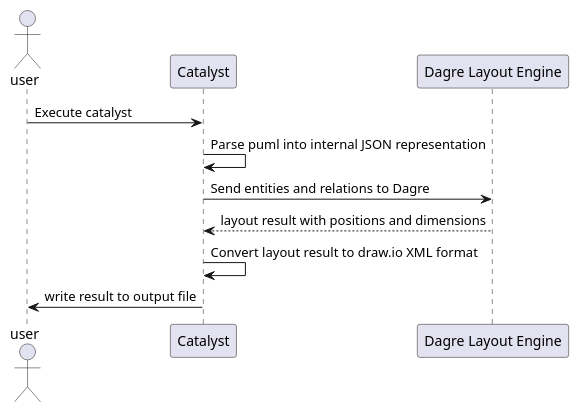
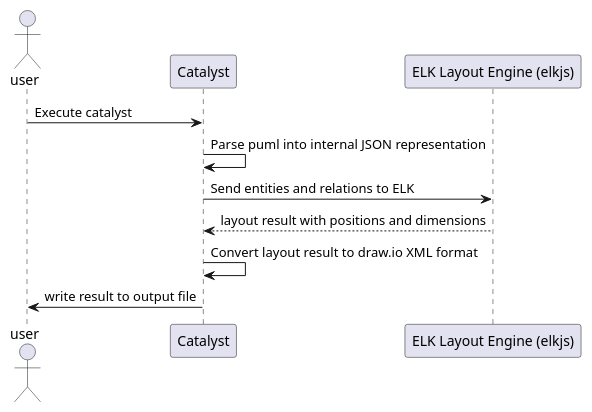
One commit to localgod/catalyst changed the diagram in slides/pages/08-transformation.md. Above: the diagram before and after it, drawn with PlantUML. The commit also changed 23 other files, not shown here.

First line of the commit message:
feat!: elkjs layout engine + L1–L5 layout fidelity (v1.3.0) (#3)

````diff
--- a/slides/pages/08-transformation.md
+++ b/slides/pages/08-transformation.md
@@ -3,14 +3,14 @@
 ```plantuml {scale: 0.7}
 @startuml
 Actor user as USER
 participant     Catalyst     as CA
-participant     "Dagre Layout Engine"     as DL
+participant     "ELK Layout Engine (elkjs)" as DL
 USER -> CA: Execute catalyst
 CA -> CA: Parse puml into internal JSON representation
-CA -> DL: Send entities and relations to Dagre
+CA -> DL: Send entities and relations to ELK
 return layout result with positions and dimensions
 CA -> CA: Convert layout result to draw.io XML format
 CA -> USER: write result to output file
 @enduml
 
 ```
````
